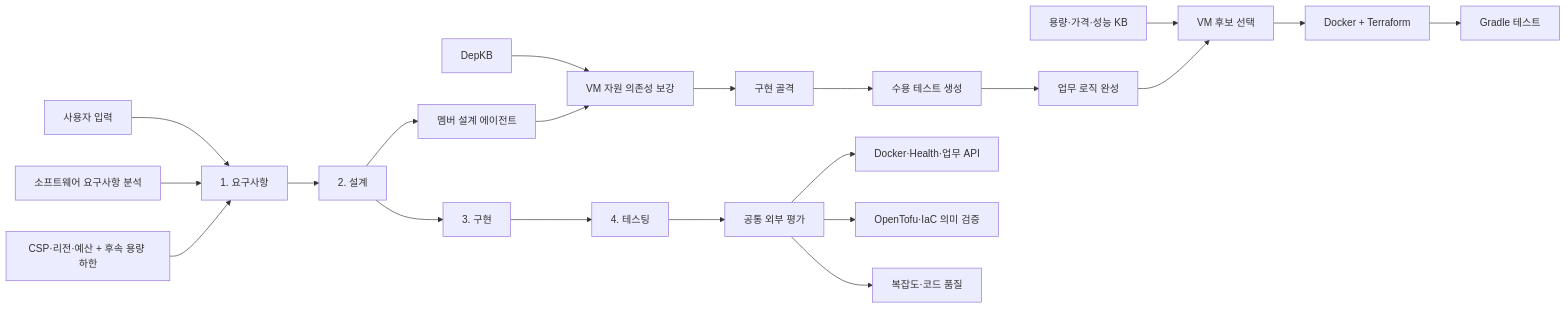
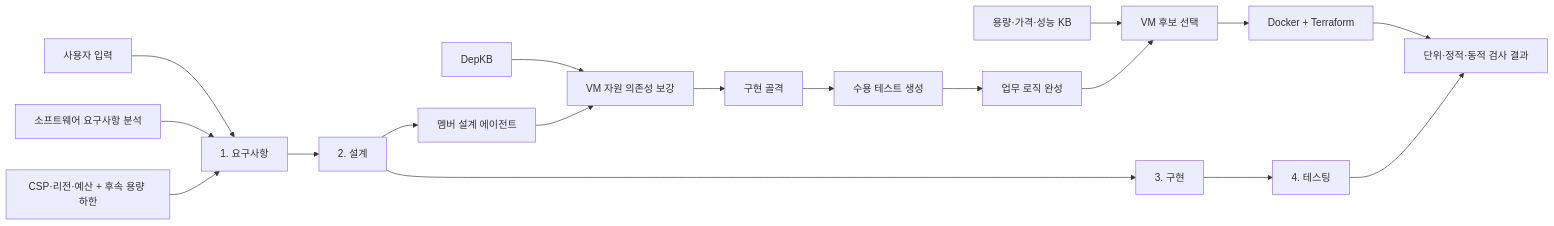
One commit to PNU-capstone-2026-17/easydep changed the first of 3 diagrams in docs/current-system-status.md. Above: the diagram before and after it, drawn with Mermaid. The commit also changed other lines of this file and 278 other files, not shown here.

````diff
--- a/docs/current-system-status.md
+++ b/docs/current-system-status.md
@@ -30,27 +30,24 @@
 ```mermaid
 flowchart LR
     U[사용자 입력] --> R[1. 요구사항]
     R --> D[2. 설계]
     D --> I[3. 구현]
     I --> T[4. 테스팅]
-    T --> A[공통 외부 평가]
 
     R1[소프트웨어 요구사항 분석] --> R
     R2[CSP·리전·예산 + 후속 용량 하한] --> R
 
     D --> D1[멤버 설계 에이전트]
     K[DepKB] --> D2[VM 자원 의존성 보강]
     D1 --> D2
 
     D2 --> I1[구현 골격]
     I1 --> I2[수용 테스트 생성]
     I2 --> I3[업무 로직 완성]
     C[용량·가격·성능 KB] --> I4[VM 후보 선택]
     I3 --> I4
     I4 --> I5[Docker + Terraform]
 
     I5 --> T1[Gradle 테스트]
-    A --> A1[Docker·Health·업무 API]
-    A --> A2[OpenTofu·IaC 의미 검증]
-    A --> A3[복잡도·코드 품질]
+    T --> T1[단위·정적·동적 검사 결과]
 ```
````
